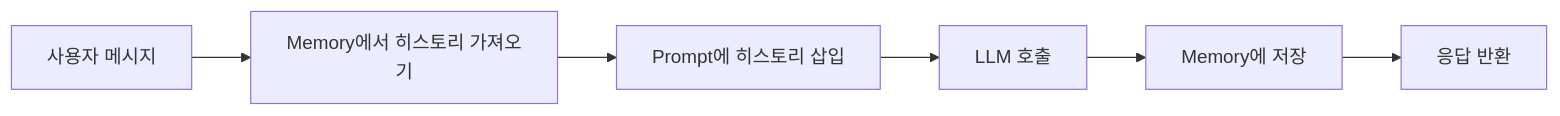
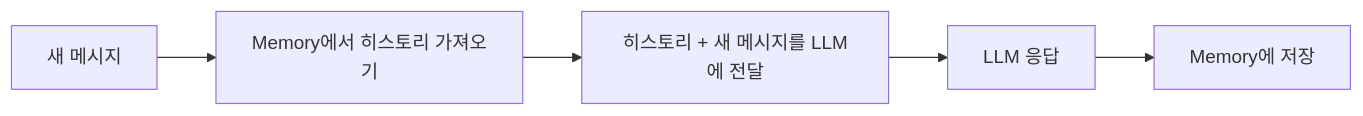
Before and after one commit to seungjun0502/ai-dev-notes: the second of 3 diagrams in langchain/deep-dive.md, drawn with Mermaid. The commit also changed other lines of this file, not shown here.

````diff
--- a/langchain/deep-dive.md
+++ b/langchain/deep-dive.md
@@ -100,8 +105,7 @@
 ```mermaid
 flowchart LR
-    U[사용자 메시지] --> M[Memory에서 히스토리 가져오기]
-    M --> P[Prompt에 히스토리 삽입]
-    P --> L[LLM 호출]
-    L --> S[Memory에 저장]
-    S --> R[응답 반환]
+    A[새 메시지] --> B[Memory에서 히스토리 가져오기]
+    B --> C[히스토리 + 새 메시지를 LLM에 전달]
+    C --> D[LLM 응답]
+    D --> E[Memory에 저장]
 ```
````
